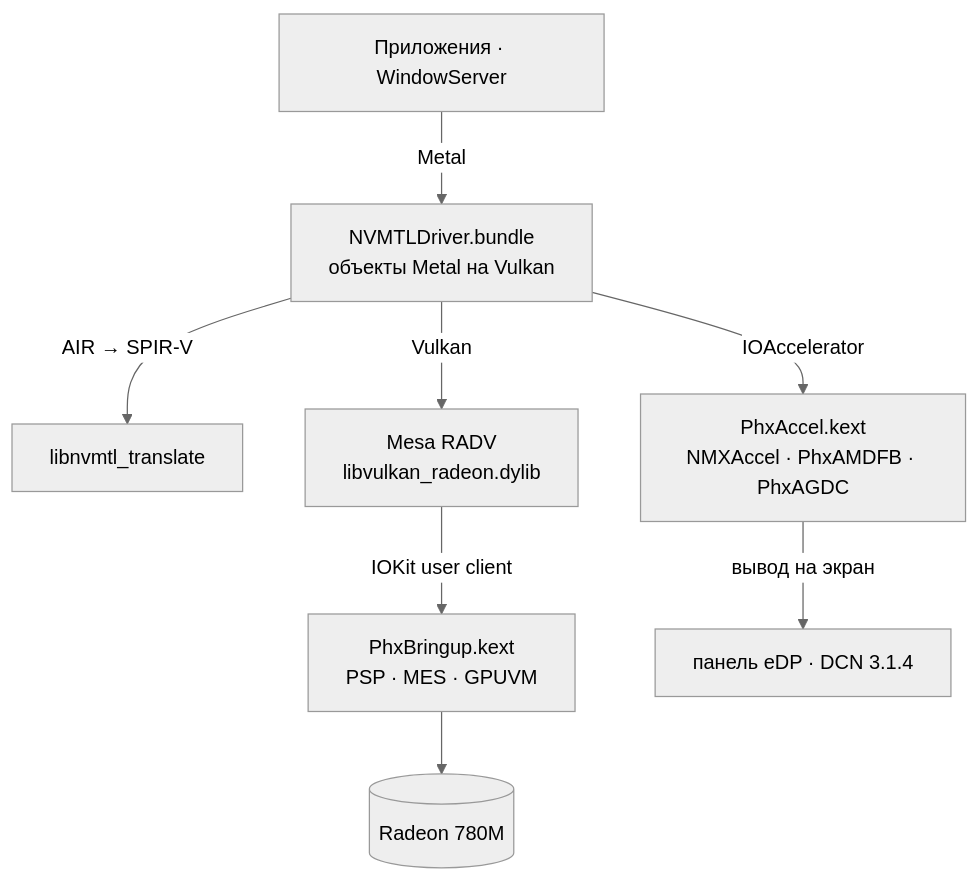
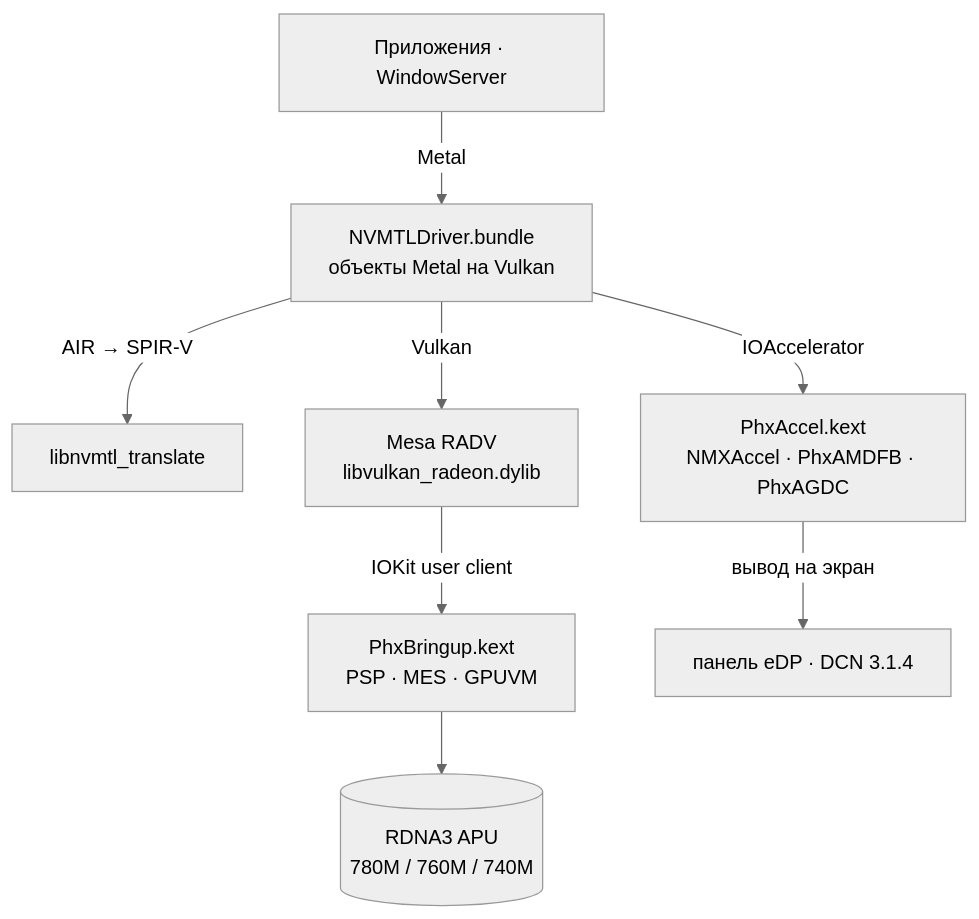
One commit to luuumi-dev/nullarc changed the diagram in README_RU.md. Above: the diagram before and after it, drawn with Mermaid (neutral theme). The commit also changed other lines of this file and 1 other file, not shown here.

First line of the commit message:
docs: update README and README_RU with v0.4.0 status, benchmarks, and multi-GPU support

````diff
--- a/README_RU.md
+++ b/README_RU.md
@@ -46,10 +50,10 @@
 ```mermaid
 flowchart TD
   apps["Приложения · WindowServer"] -->|Metal| plugin["NVMTLDriver.bundle<br/>объекты Metal на Vulkan"]
   plugin -->|"AIR → SPIR-V"| xlate["libnvmtl_translate"]
   plugin -->|Vulkan| radv["Mesa RADV<br/>libvulkan_radeon.dylib"]
   plugin -->|IOAccelerator| accel["PhxAccel.kext<br/>NMXAccel · PhxAMDFB · PhxAGDC"]
   radv -->|"IOKit user client"| bringup["PhxBringup.kext<br/>PSP · MES · GPUVM"]
-  bringup --> gpu[("Radeon 780M")]
+  bringup --> gpu[("RDNA3 APU<br/>780M / 760M / 740M")]
   accel -->|вывод на экран| panel["панель eDP · DCN 3.1.4"]
 ```
````
